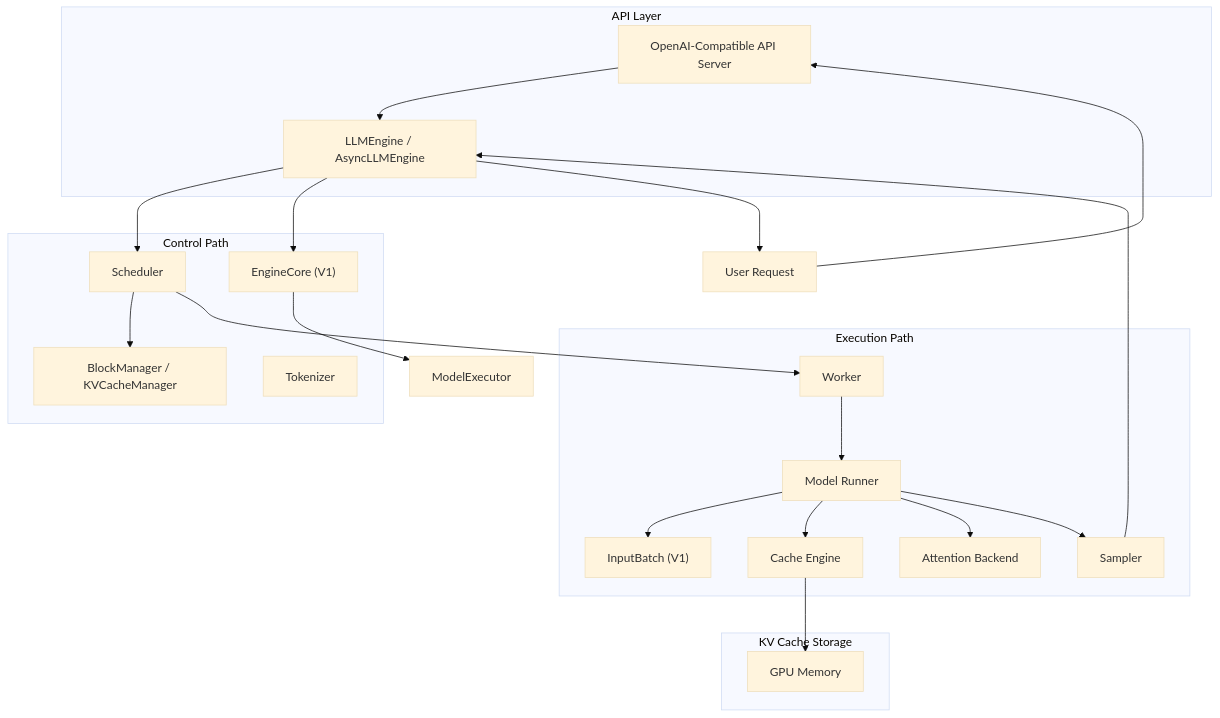
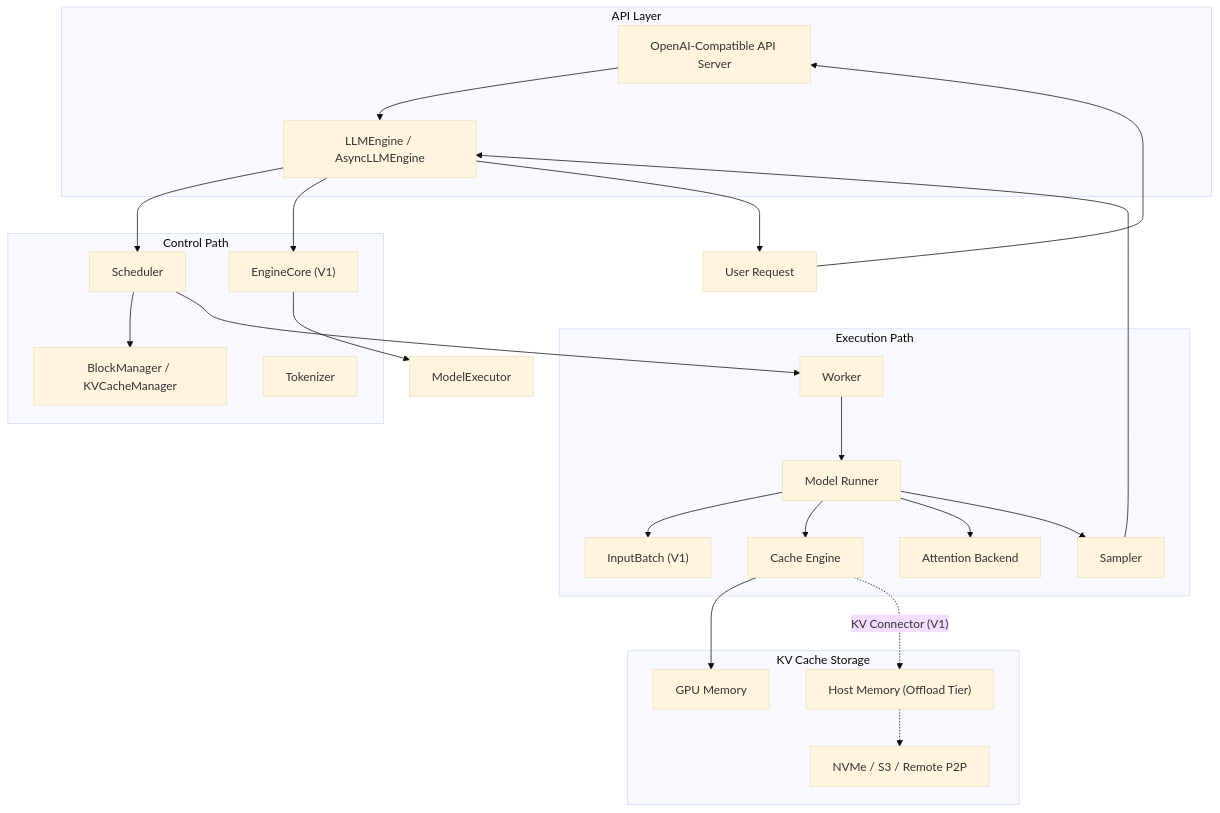
The diagram in docs/04-llmops/vllm/03-architecture.md (cypggs/AI_Infra_Handbook), drawn with Mermaid (base theme) before and after one commit. The commit also changed other lines of this file and 10 other files, not shown here.

````diff
--- a/docs/04-llmops/vllm/03-architecture.md
+++ b/docs/04-llmops/vllm/03-architecture.md
@@ -9,43 +9,47 @@
 ```mermaid
 flowchart TB
     subgraph API["API Layer"]
         OpenAI["OpenAI-Compatible API Server"]
         LLMEngine["LLMEngine / AsyncLLMEngine"]
     end
 
     subgraph Control["Control Path"]
         Scheduler["Scheduler"]
         BlockManager["BlockManager / KVCacheManager"]
         Tokenizer["Tokenizer"]
         EngineCore["EngineCore (V1)"]
     end
 
     subgraph Execution["Execution Path"]
         Worker["Worker"]
         ModelRunner["Model Runner"]
         CacheEngine["Cache Engine"]
         Attention["Attention Backend"]
         Sampler["Sampler"]
         InputBatch["InputBatch (V1)"]
     end
 
     subgraph Storage["KV Cache Storage"]
         GPU["GPU Memory"]
+        CPU["Host Memory (Offload Tier)"]
+        Remote["NVMe / S3 / Remote P2P"]
     end
 
     User["User Request"] --> OpenAI
     OpenAI --> LLMEngine
     LLMEngine --> Scheduler
     LLMEngine --> EngineCore
     Scheduler --> BlockManager
     EngineCore --> ModelExecutor
     Scheduler --> Worker
     Worker --> ModelRunner
     ModelRunner --> InputBatch
     ModelRunner --> CacheEngine
     ModelRunner --> Attention
     ModelRunner --> Sampler
     CacheEngine --> GPU
+    CacheEngine -.->|"KV Connector (V1)"| CPU
+    CPU -.-> Remote
     Sampler --> LLMEngine
     LLMEngine --> User
 ```
````
